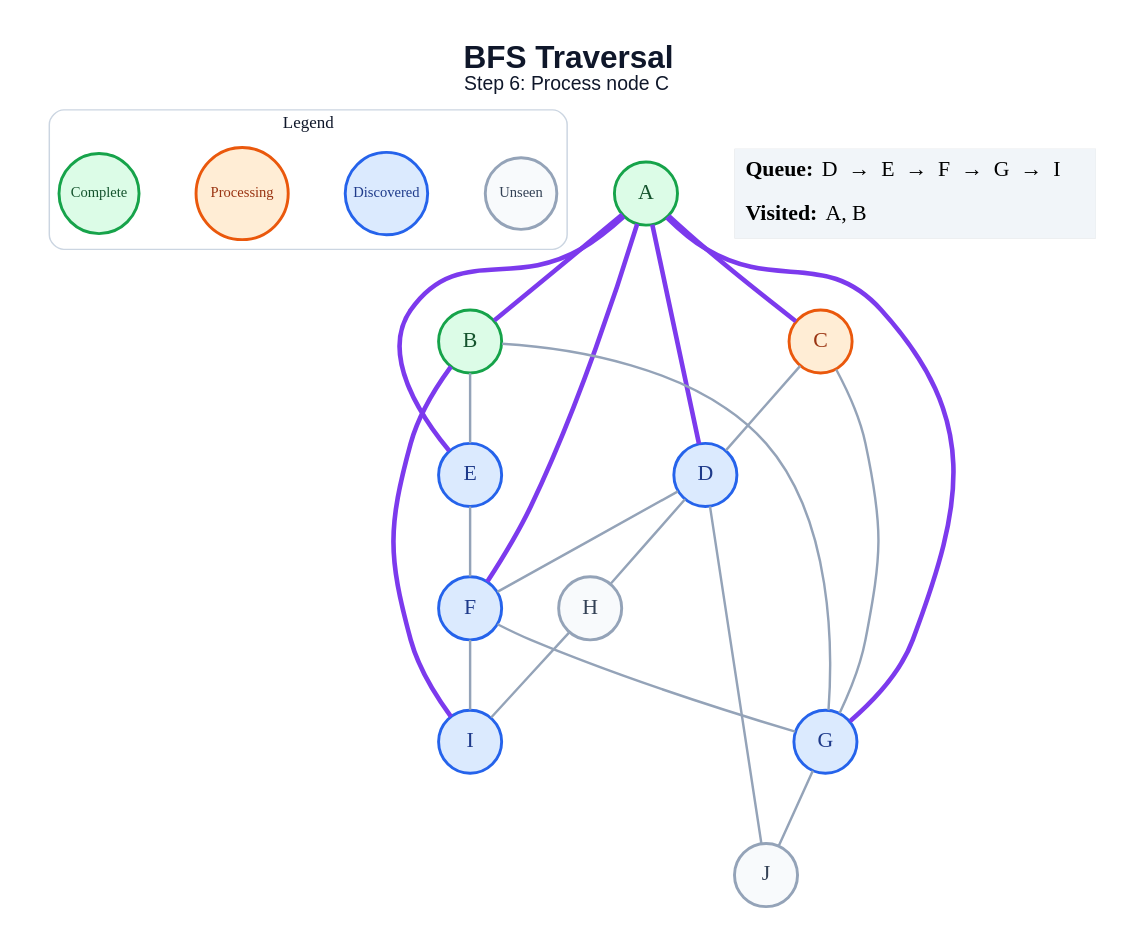
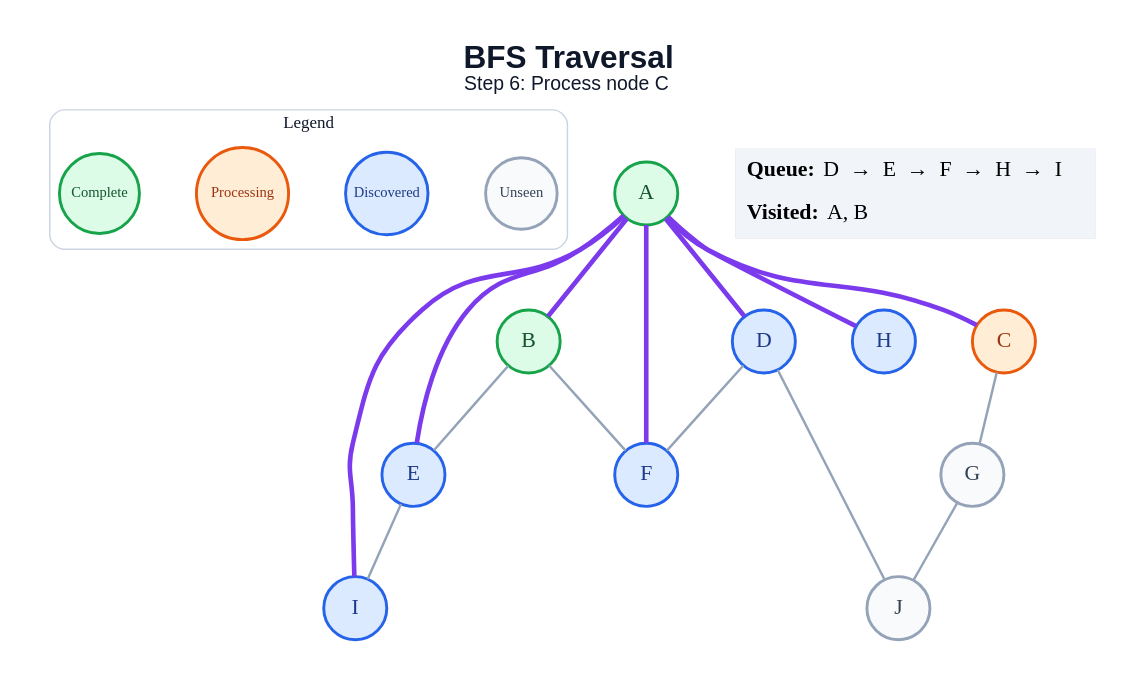
The diagram in generated/bfs/step_06.dot (amanghodawala9/ai-slop), drawn with Graphviz before and after one commit. The commit also changed 178 other files, not shown here.

```diff
--- a/generated/bfs/step_06.dot
+++ b/generated/bfs/step_06.dot
@@ -1,48 +1,43 @@
 graph traversal {
   graph [layout=dot, rankdir=TB, bgcolor="#FFFFFF", pad="0.35", nodesep="0.65", ranksep="0.8", fontname="Arial"];
   node [shape=circle, style="filled", fontname="Arial Bold", fontsize=18, width=0.72, fixedsize=true, penwidth=2.4];
   edge [color="#94A3B8", penwidth=2.0];
   label=<<B>BFS Traversal</B><BR/><FONT POINT-SIZE="16">Step 6: Process node C</FONT>>; labelloc="t"; fontsize=26; fontname="Arial"; fontcolor="#0F172A";
   subgraph cluster_legend { label="Legend"; color="#CBD5E1"; penwidth=1.2; style="rounded"; fontsize=14; fontname="Arial Bold";
     key_unseen [label="Unseen", fillcolor="#F8FAFC", color="#94A3B8", fontcolor="#334155", fontsize=12, width=0.82];
     key_frontier [label="Discovered", fillcolor="#DBEAFE", color="#2563EB", fontcolor="#1E3A8A", fontsize=12, width=0.95];
     key_current [label="Processing", fillcolor="#FFEDD5", color="#EA580C", fontcolor="#9A3412", fontsize=12, width=1.05];
     key_done [label="Complete", fillcolor="#DCFCE7", color="#16A34A", fontcolor="#14532D", fontsize=12, width=0.92];
     { rank=same; key_unseen; key_frontier; key_current; key_done; }
   }
   A [fillcolor="#DCFCE7", color="#16A34A", fontcolor="#14532D"];
   B [fillcolor="#DCFCE7", color="#16A34A", fontcolor="#14532D"];
   C [fillcolor="#FFEDD5", color="#EA580C", fontcolor="#9A3412"];
   D [fillcolor="#DBEAFE", color="#2563EB", fontcolor="#1E3A8A"];
   E [fillcolor="#DBEAFE", color="#2563EB", fontcolor="#1E3A8A"];
   F [fillcolor="#DBEAFE", color="#2563EB", fontcolor="#1E3A8A"];
-  G [fillcolor="#DBEAFE", color="#2563EB", fontcolor="#1E3A8A"];
-  H [fillcolor="#F8FAFC", color="#94A3B8", fontcolor="#334155"];
+  G [fillcolor="#F8FAFC", color="#94A3B8", fontcolor="#334155"];
+  H [fillcolor="#DBEAFE", color="#2563EB", fontcolor="#1E3A8A"];
   I [fillcolor="#DBEAFE", color="#2563EB", fontcolor="#1E3A8A"];
   J [fillcolor="#F8FAFC", color="#94A3B8", fontcolor="#334155"];
   A -- B [color="#7C3AED", penwidth=3.8];
   A -- C [color="#7C3AED", penwidth=3.8];
   A -- D [color="#7C3AED", penwidth=3.8];
   A -- E [color="#7C3AED", penwidth=3.8];
   A -- F [color="#7C3AED", penwidth=3.8];
-  A -- G [color="#7C3AED", penwidth=3.8];
+  A -- H [color="#7C3AED", penwidth=3.8];
+  A -- I [color="#7C3AED", penwidth=3.8];
   B -- E;
-  B -- G;
-  B -- I [color="#7C3AED", penwidth=3.8];
-  C -- D;
+  B -- F;
   C -- G;
   D -- F;
-  D -- H;
   D -- J;
-  E -- F;
-  F -- G;
-  F -- I;
+  E -- I;
   G -- J;
-  H -- I;
   status [shape=plain, fixedsize=false, width=0, height=0, margin=0, label=<
     <TABLE BORDER="0" CELLBORDER="0" CELLPADDING="7" BGCOLOR="#F1F5F9">
-      <TR><TD ALIGN="LEFT"><B>Queue:</B> D  →  E  →  F  →  G  →  I</TD></TR>
+      <TR><TD ALIGN="LEFT"><B>Queue:</B> D  →  E  →  F  →  H  →  I</TD></TR>
       <TR><TD ALIGN="LEFT"><B>Visited:</B> A, B</TD></TR>
     </TABLE>
   >];
 }
```
